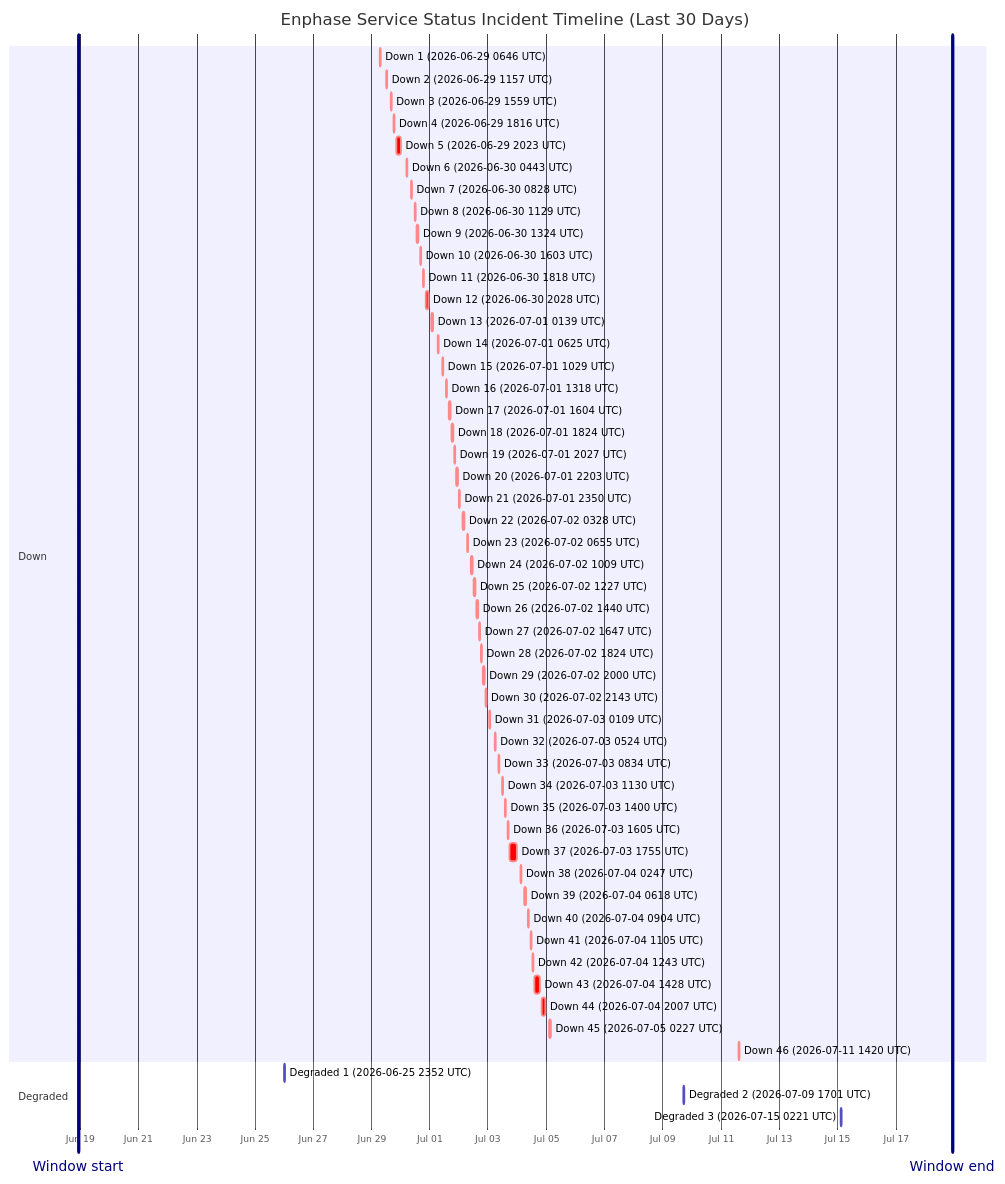
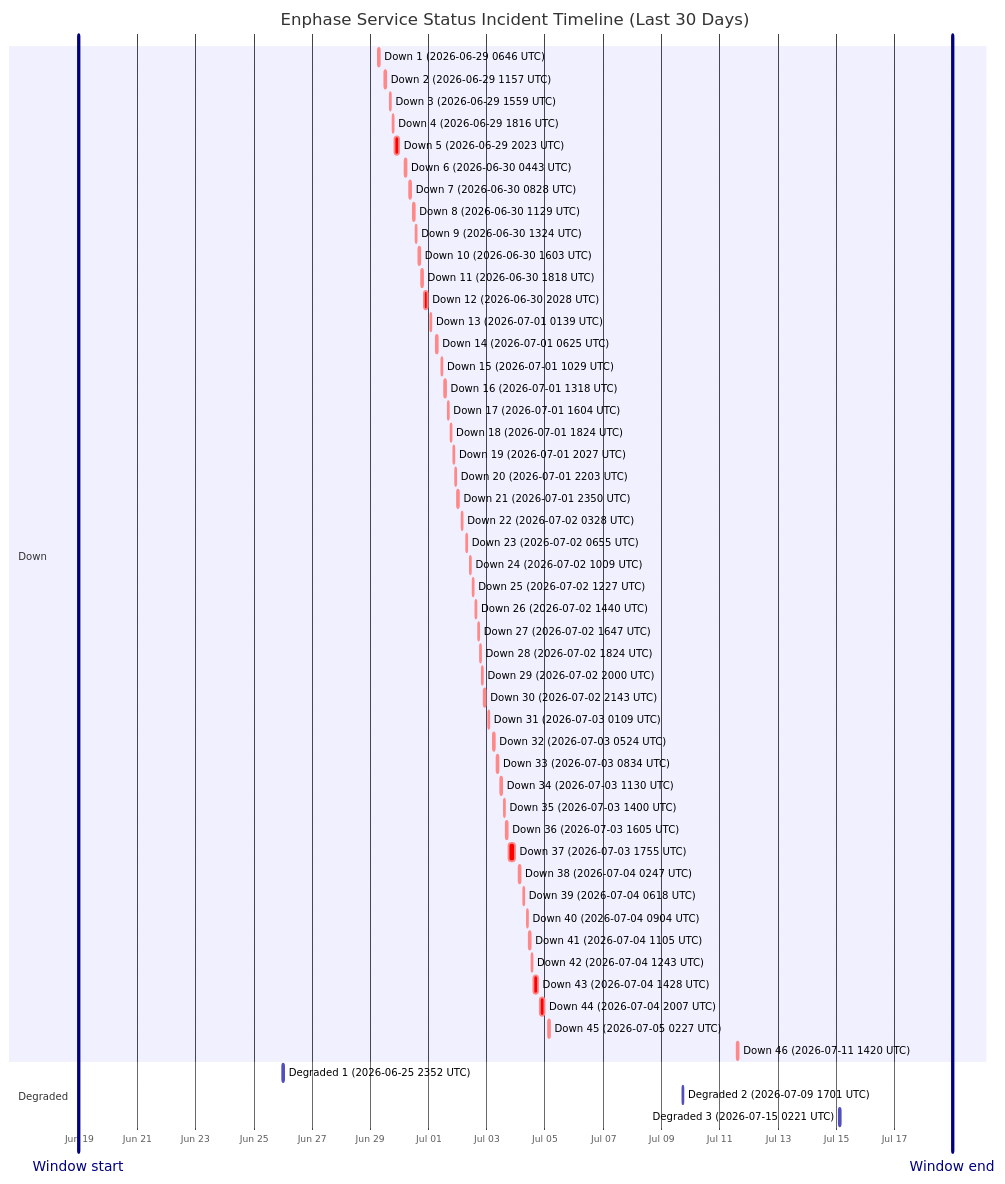
The diagram in wiki/Service-Status-History.md (barneyonline/ha-enphase-energy), drawn with Mermaid before and after one commit. The commit also changed other lines of this file and 3 other files, not shown here.

````diff
--- a/wiki/Service-Status-History.md
+++ b/wiki/Service-Status-History.md
@@ -14,59 +14,59 @@
 ```mermaid
 gantt
     title Enphase Service Status Incident Timeline (Last 30 Days)
     dateFormat  YYYY-MM-DDTHH:mm:ss
     axisFormat  %b %d
-    Window start :vert, window-start, 2026-06-18T22:21:40, 0ms
-    Window end :vert, window-end, 2026-07-18T22:21:40, 0ms
+    Window start :vert, window-start, 2026-06-18T23:25:16, 0ms
+    Window end :vert, window-end, 2026-07-18T23:25:16, 0ms
     section Down
     Down 1 (2026-06-29 0646 UTC) :crit, down-1, 2026-06-29T06:46:18, 60m
     Down 2 (2026-06-29 1157 UTC) :crit, down-2, 2026-06-29T11:57:36, 60m
     Down 3 (2026-06-29 1559 UTC) :crit, down-3, 2026-06-29T15:59:02, 60m
     Down 4 (2026-06-29 1816 UTC) :crit, down-4, 2026-06-29T18:16:38, 60m
     Down 5 (2026-06-29 2023 UTC) :crit, down-5, 2026-06-29T20:23:16, 220m
     Down 6 (2026-06-30 0443 UTC) :crit, down-6, 2026-06-30T04:43:54, 60m
     Down 7 (2026-06-30 0828 UTC) :crit, down-7, 2026-06-30T08:28:43, 60m
     Down 8 (2026-06-30 1129 UTC) :crit, down-8, 2026-06-30T11:29:15, 60m
     Down 9 (2026-06-30 1324 UTC) :crit, down-9, 2026-06-30T13:24:25, 60m
     Down 10 (2026-06-30 1603 UTC) :crit, down-10, 2026-06-30T16:03:26, 60m
     Down 11 (2026-06-30 1818 UTC) :crit, down-11, 2026-06-30T18:18:39, 60m
     Down 12 (2026-06-30 2028 UTC) :crit, down-12, 2026-06-30T20:28:54, 171m
     Down 13 (2026-07-01 0139 UTC) :crit, down-13, 2026-07-01T01:39:18, 60m
     Down 14 (2026-07-01 0625 UTC) :crit, down-14, 2026-07-01T06:25:35, 60m
     Down 15 (2026-07-01 1029 UTC) :crit, down-15, 2026-07-01T10:29:24, 60m
     Down 16 (2026-07-01 1318 UTC) :crit, down-16, 2026-07-01T13:18:31, 60m
     Down 17 (2026-07-01 1604 UTC) :crit, down-17, 2026-07-01T16:04:29, 60m
     Down 18 (2026-07-01 1824 UTC) :crit, down-18, 2026-07-01T18:24:21, 60m
     Down 19 (2026-07-01 2027 UTC) :crit, down-19, 2026-07-01T20:27:17, 60m
     Down 20 (2026-07-01 2203 UTC) :crit, down-20, 2026-07-01T22:03:46, 60m
     Down 21 (2026-07-01 2350 UTC) :crit, down-21, 2026-07-01T23:50:52, 60m
     Down 22 (2026-07-02 0328 UTC) :crit, down-22, 2026-07-02T03:28:33, 60m
     Down 23 (2026-07-02 0655 UTC) :crit, down-23, 2026-07-02T06:55:07, 60m
     Down 24 (2026-07-02 1009 UTC) :crit, down-24, 2026-07-02T10:09:15, 60m
     Down 25 (2026-07-02 1227 UTC) :crit, down-25, 2026-07-02T12:27:49, 60m
     Down 26 (2026-07-02 1440 UTC) :crit, down-26, 2026-07-02T14:40:53, 60m
     Down 27 (2026-07-02 1647 UTC) :crit, down-27, 2026-07-02T16:47:47, 60m
     Down 28 (2026-07-02 1824 UTC) :crit, down-28, 2026-07-02T18:24:26, 60m
     Down 29 (2026-07-02 2000 UTC) :crit, down-29, 2026-07-02T20:00:57, 60m
     Down 30 (2026-07-02 2143 UTC) :crit, down-30, 2026-07-02T21:43:52, 80m
     Down 31 (2026-07-03 0109 UTC) :crit, down-31, 2026-07-03T01:09:19, 60m
     Down 32 (2026-07-03 0524 UTC) :crit, down-32, 2026-07-03T05:24:23, 60m
     Down 33 (2026-07-03 0834 UTC) :crit, down-33, 2026-07-03T08:34:05, 60m
     Down 34 (2026-07-03 1130 UTC) :crit, down-34, 2026-07-03T11:30:41, 60m
     Down 35 (2026-07-03 1400 UTC) :crit, down-35, 2026-07-03T14:00:48, 60m
     Down 36 (2026-07-03 1605 UTC) :crit, down-36, 2026-07-03T16:05:49, 60m
     Down 37 (2026-07-03 1755 UTC) :crit, down-37, 2026-07-03T17:55:54, 338m
     Down 38 (2026-07-04 0247 UTC) :crit, down-38, 2026-07-04T02:47:22, 60m
     Down 39 (2026-07-04 0618 UTC) :crit, down-39, 2026-07-04T06:18:09, 60m
     Down 40 (2026-07-04 0904 UTC) :crit, down-40, 2026-07-04T09:04:41, 60m
     Down 41 (2026-07-04 1105 UTC) :crit, down-41, 2026-07-04T11:05:21, 60m
     Down 42 (2026-07-04 1243 UTC) :crit, down-42, 2026-07-04T12:43:25, 60m
     Down 43 (2026-07-04 1428 UTC) :crit, down-43, 2026-07-04T14:28:07, 243m
     Down 44 (2026-07-04 2007 UTC) :crit, down-44, 2026-07-04T20:07:50, 206m
     Down 45 (2026-07-05 0227 UTC) :crit, down-45, 2026-07-05T02:27:32, 109m
     Down 46 (2026-07-11 1420 UTC) :crit, down-46, 2026-07-11T14:20:54, 69m
     section Degraded
     Degraded 1 (2026-06-25 2352 UTC) :active, degraded-1, 2026-06-25T23:52:01, 60m
     Degraded 2 (2026-07-09 1701 UTC) :active, degraded-2, 2026-07-09T17:01:02, 60m
     Degraded 3 (2026-07-15 0221 UTC) :active, degraded-3, 2026-07-15T02:21:35, 60m
 ```
````
